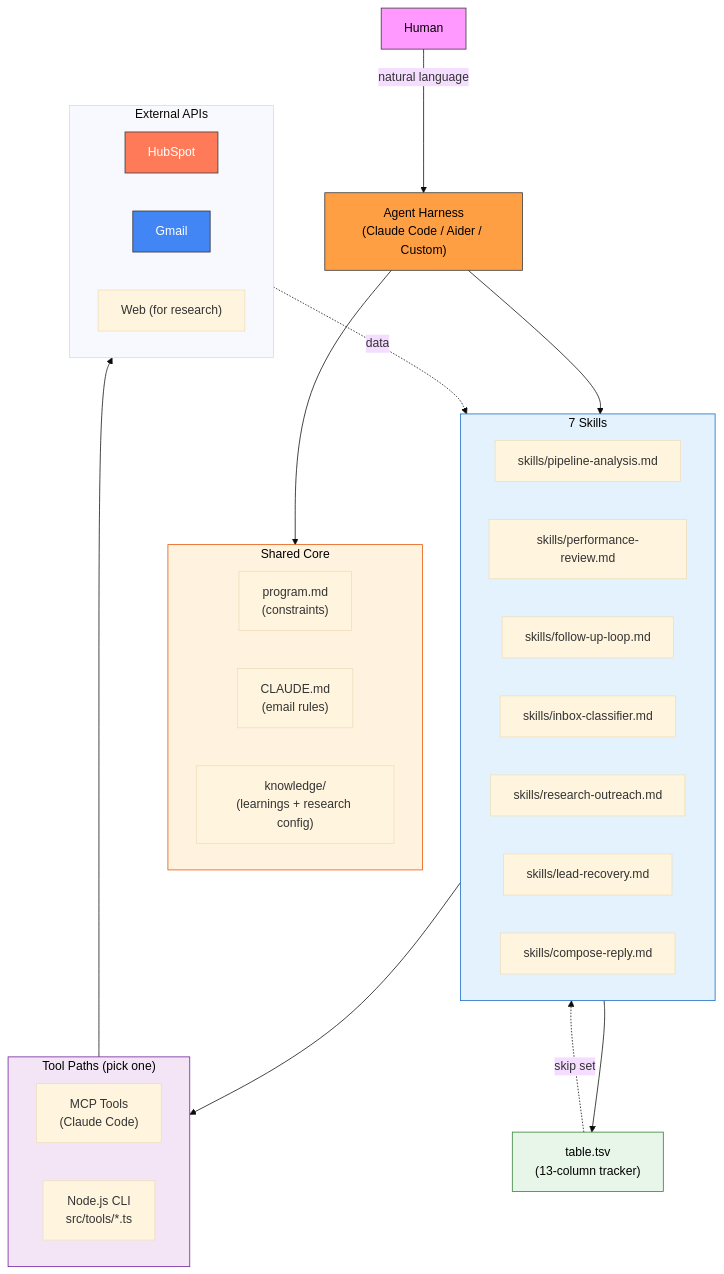
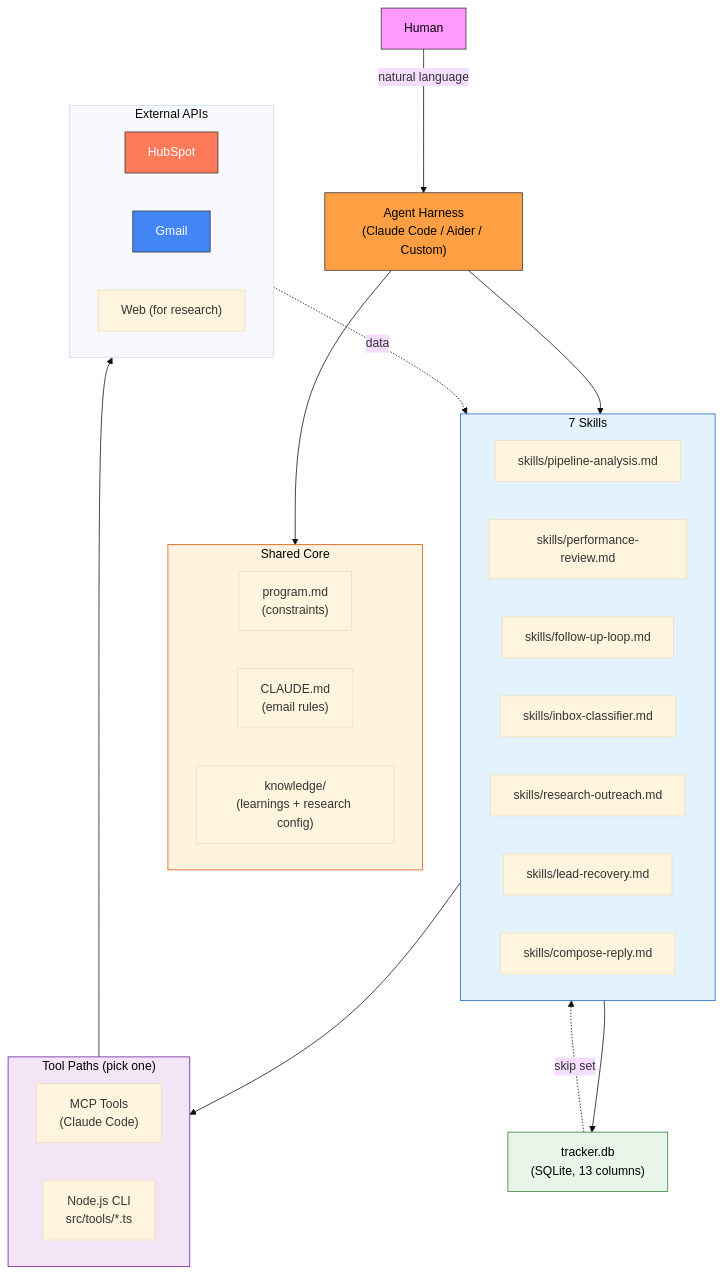
The diagram in README.md (Connormcc3/hubspot-sales-agent), drawn with Mermaid (base theme) before and after one commit. The commit also changed other lines of this file and 9 other files, not shown here.

````diff
--- a/README.md
+++ b/README.md
@@ -45,52 +45,52 @@
 ```mermaid
 flowchart TB
     Human["Human"]
     Harness["Agent Harness\n(Claude Code / Aider / Custom)"]
 
     subgraph Shared["Shared Core"]
         Program["program.md\n(constraints)"]
         CLAUDE["CLAUDE.md\n(email rules)"]
         Knowledge["knowledge/\n(learnings + research config)"]
     end
 
     subgraph Skills["7 Skills"]
         Skill0["skills/pipeline-analysis.md"]
         Skill1["skills/performance-review.md"]
         Skill2["skills/follow-up-loop.md"]
         Skill3["skills/inbox-classifier.md"]
         Skill4["skills/research-outreach.md"]
         Skill5["skills/lead-recovery.md"]
         Skill6["skills/compose-reply.md"]
     end
 
     subgraph Tools["Tool Paths (pick one)"]
         MCP["MCP Tools\n(Claude Code)"]
         CLI["Node.js CLI\nsrc/tools/*.ts"]
     end
 
     subgraph APIs["External APIs"]
         HubSpot["HubSpot"]
         Gmail["Gmail"]
         Web["Web (for research)"]
     end
 
-    Tracker["table.tsv\n(13-column tracker)"]
+    Tracker["tracker.db\n(SQLite, 13 columns)"]
 
     Human -->|natural language| Harness
     Harness --> Shared
     Harness --> Skills
     Skills --> Tools
     Tools --> APIs
     Skills --> Tracker
     APIs -.->|data| Skills
     Tracker -.->|skip set| Skills
 
     style Human fill:#f9f,stroke:#333,color:#000
     style Harness fill:#ff9f43,stroke:#333,color:#000
     style HubSpot fill:#ff7a59,stroke:#333,color:#fff
     style Gmail fill:#4285f4,stroke:#333,color:#fff
     style Tracker fill:#e8f5e9,stroke:#2e7d32,color:#000
     style Shared fill:#fff3e0,stroke:#e65100,color:#000
     style Skills fill:#e3f2fd,stroke:#1565c0,color:#000
     style Tools fill:#f3e5f5,stroke:#6a1b9a,color:#000
 ```
````
